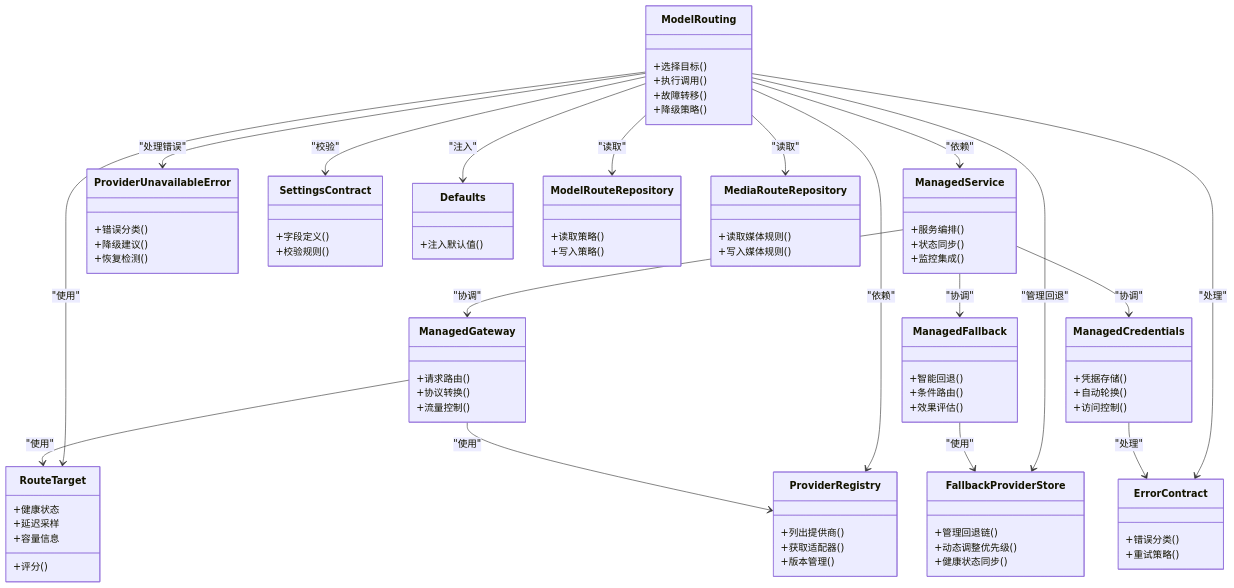
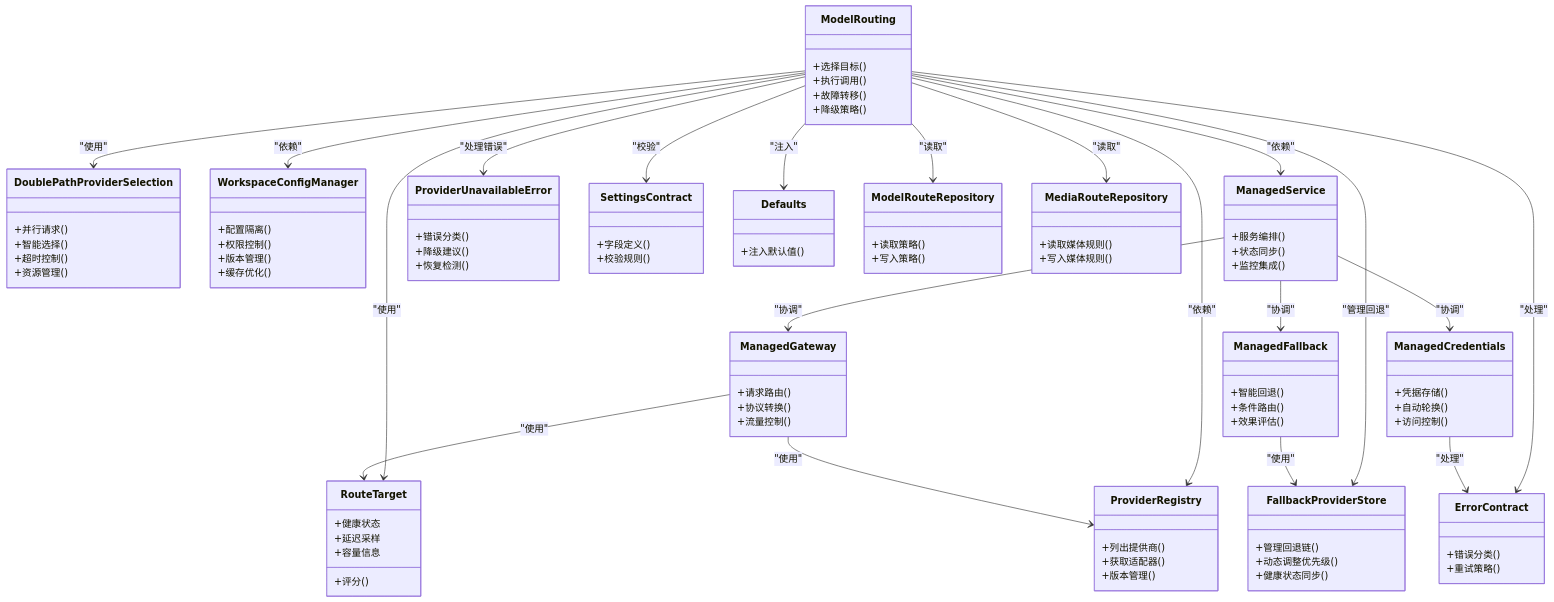
The third of 3 diagrams in .qoder/repowiki/zh/content/AI系统集成/模型路由系统.md (scottcwy/PurpleInk), drawn with Mermaid before and after one commit. The commit also changed other lines of this file and 37 other files, not shown here.

```diff
--- a/.qoder/repowiki/zh/content/AI系统集成/模型路由系统.md
+++ b/.qoder/repowiki/zh/content/AI系统集成/模型路由系统.md
@@ -396,6 +434,18 @@
 +执行调用()
 +故障转移()
 +降级策略()
+}
+class DoublePathProviderSelection {
++并行请求()
++智能选择()
++超时控制()
++资源管理()
+}
+class WorkspaceConfigManager {
++配置隔离()
++权限控制()
++版本管理()
++缓存优化()
 }
 class ManagedService {
 +服务编排()
@@ -457,6 +507,8 @@
 +读取媒体规则()
 +写入媒体规则()
 }
+ModelRouting --> DoublePathProviderSelection : "使用"
+ModelRouting --> WorkspaceConfigManager : "依赖"
 ModelRouting --> ManagedService : "依赖"
 ModelRouting --> RouteTarget : "使用"
 ModelRouting --> ProviderRegistry : "依赖"
```
